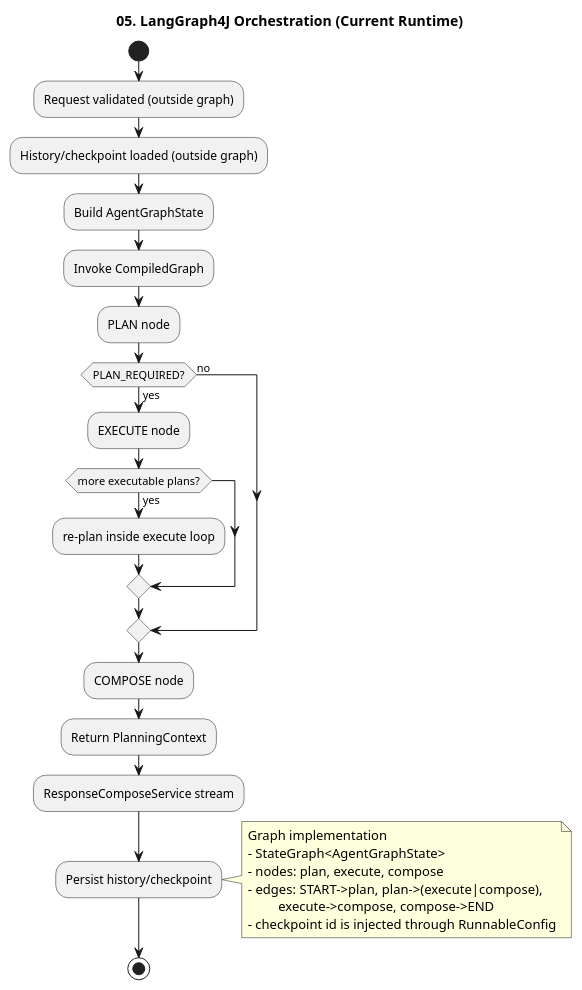
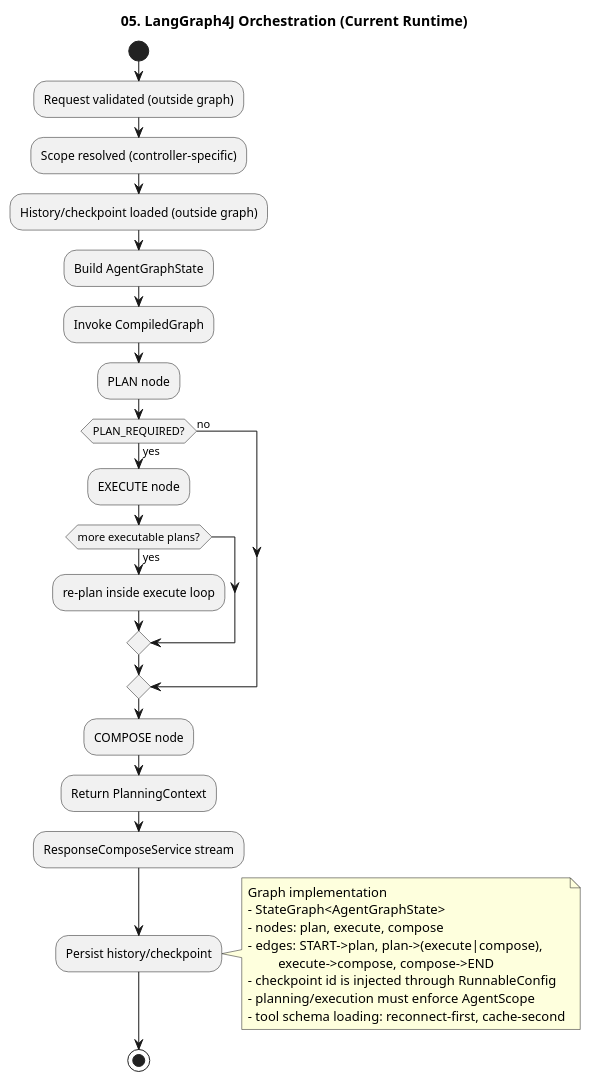
One commit to kim57uak/spring-ai changed the diagram in documents/mcp-orchestrator-architecture/05-langgraph-orchestration.puml. Above: the diagram before and after it, drawn with PlantUML. The commit also changed 63 other files, not shown here.

```diff
--- a/documents/mcp-orchestrator-architecture/05-langgraph-orchestration.puml
+++ b/documents/mcp-orchestrator-architecture/05-langgraph-orchestration.puml
@@ -1,38 +1,41 @@
 @startuml
 !pragma layout smetana
 title 05. LangGraph4J Orchestration (Current Runtime)
 
 skinparam shadowing false
 
 start
 
 :Request validated (outside graph);
+:Scope resolved (controller-specific);
 :History/checkpoint loaded (outside graph);
 :Build AgentGraphState;
 :Invoke CompiledGraph;
 
 :PLAN node;
 if (PLAN_REQUIRED?) then (yes)
   :EXECUTE node;
   if (more executable plans?) then (yes)
     :re-plan inside execute loop;
   endif
 else (no)
 endif
 
 :COMPOSE node;
 :Return PlanningContext;
 :ResponseComposeService stream;
 :Persist history/checkpoint;
 
 note right
 Graph implementation
 - StateGraph<AgentGraphState>
 - nodes: plan, execute, compose
 - edges: START->plan, plan->(execute|compose),
          execute->compose, compose->END
 - checkpoint id is injected through RunnableConfig
+- planning/execution must enforce AgentScope
+- tool schema loading: reconnect-first, cache-second
 end note
 
 stop
 @enduml
```
